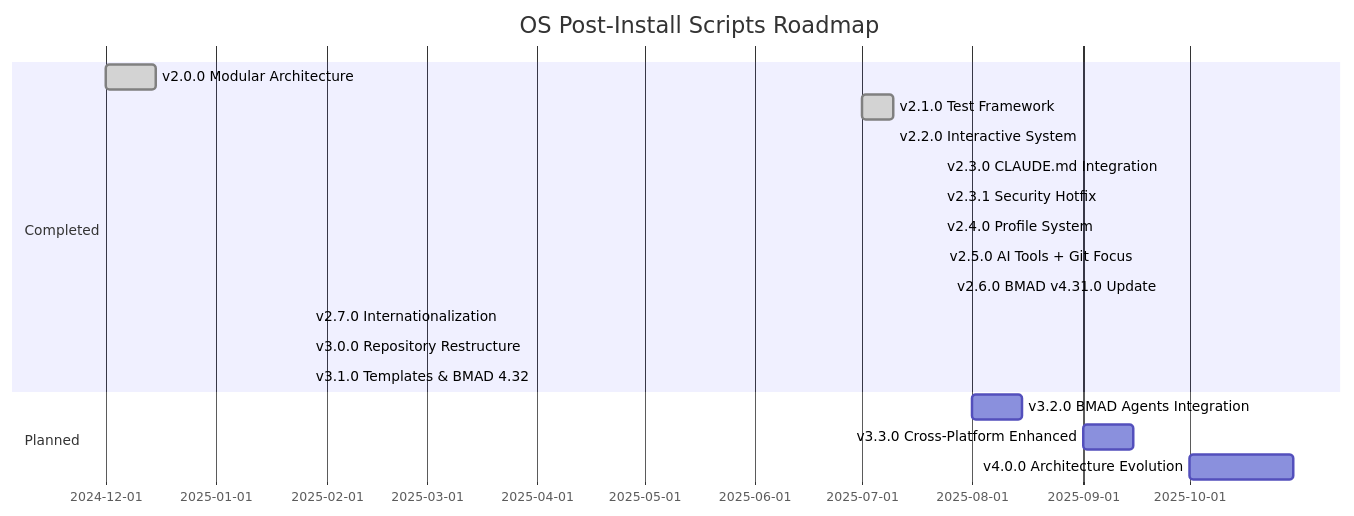
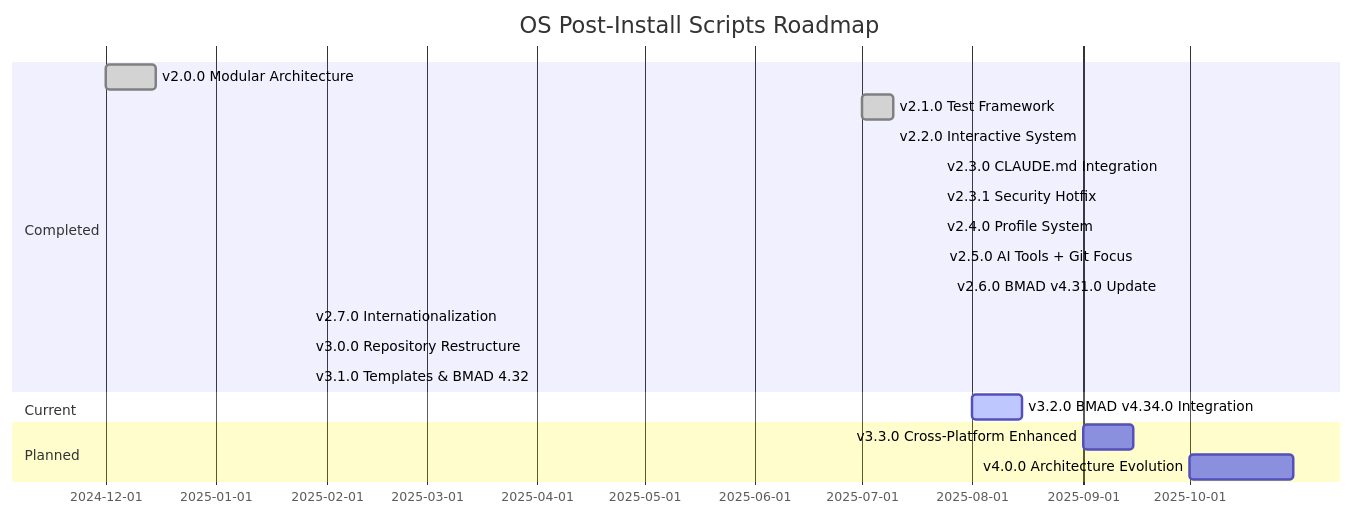
One commit to BragatteMAS/os-postinstall-scripts changed the diagram in ROADMAP.md. Above: the diagram before and after it, drawn with Mermaid. The commit also changed other lines of this file and 11 other files, not shown here.

````diff
--- a/ROADMAP.md
+++ b/ROADMAP.md
@@ -11,21 +11,22 @@
 ```mermaid
 gantt
     title OS Post-Install Scripts Roadmap
     dateFormat YYYY-MM-DD
     section Completed
         v2.0.0 Modular Architecture    :done, 2024-12-01, 2024-12-15
         v2.1.0 Test Framework          :done, 2025-07-01, 2025-07-10
         v2.2.0 Interactive System      :done, 2025-07-10, 2025-07-10
         v2.3.0 CLAUDE.md Integration   :done, 2025-07-23, 2025-07-23
         v2.3.1 Security Hotfix         :done, 2025-07-23, 2025-07-23
         v2.4.0 Profile System          :done, 2025-07-23, 2025-07-23
         v2.5.0 AI Tools + Git Focus    :done, 2025-07-24, 2025-07-24
         v2.6.0 BMAD v4.31.0 Update     :done, 2025-07-26, 2025-07-26
         v2.7.0 Internationalization   :done, 2025-01-27, 2025-01-27
         v3.0.0 Repository Restructure  :done, 2025-01-27, 2025-01-27
         v3.1.0 Templates & BMAD 4.32   :done, 2025-01-27, 2025-01-27
+    section Current
+        v3.2.0 BMAD v4.34.0 Integration :active, 2025-08-01, 2025-08-15
     section Planned
-        v3.2.0 BMAD Agents Integration :2025-08-01, 2025-08-15
         v3.3.0 Cross-Platform Enhanced :2025-09-01, 2025-09-15
         v4.0.0 Architecture Evolution  :2025-10-01, 2025-10-30
 ```
````
